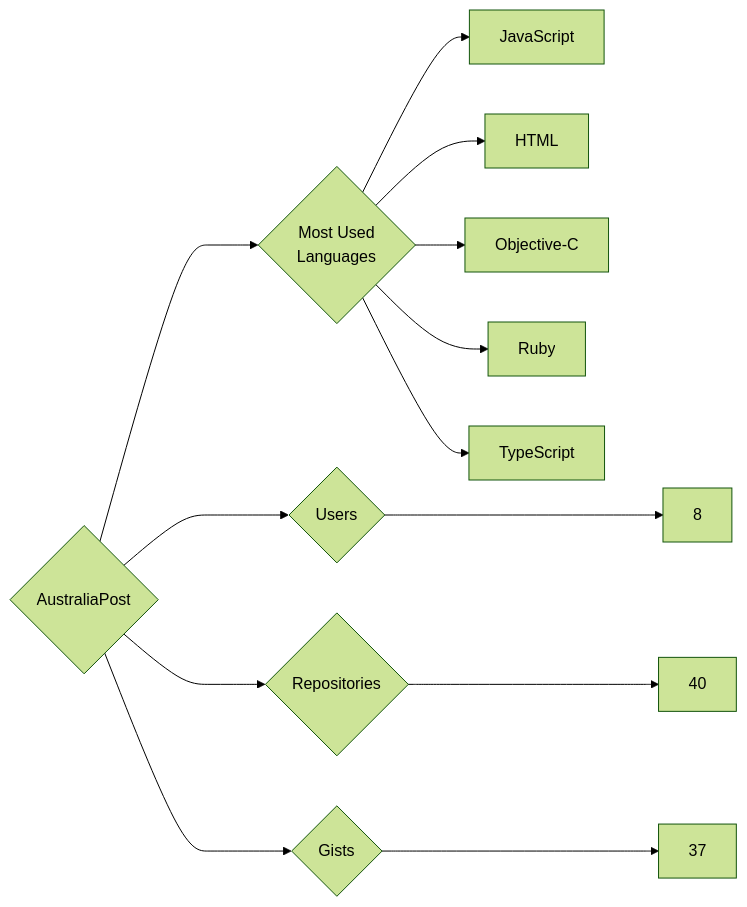
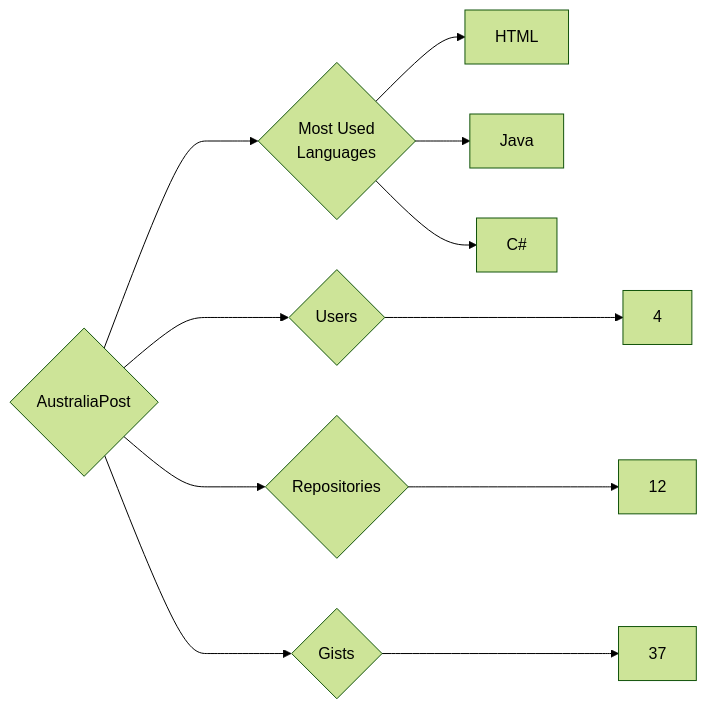
Before and after one commit to trickest/insiders: the diagram in targets/AustraliaPost/README.md, drawn with Mermaid (forest theme). The commit also changed 857 other files, not shown here.

````diff
--- a/targets/AustraliaPost/README.md
+++ b/targets/AustraliaPost/README.md
@@ -3,13 +3,11 @@
 ```mermaid
 graph LR
 COMPANY_NAME{AustraliaPost}
-COMPANY_NAME ---> U{Users} ---> UN[8]
-COMPANY_NAME ---> R{Repositories} ---> RN[40]
+COMPANY_NAME ---> U{Users} ---> UN[4]
+COMPANY_NAME ---> R{Repositories} ---> RN[12]
 COMPANY_NAME ---> G{Gists} ---> GN[37]
 COMPANY_NAME ---> ML{Most Used<br>Languages}
-ML --> JavaScript[JavaScript]
 ML --> HTML[HTML]
-ML --> Objective-C[Objective-C]
-ML --> Ruby[Ruby]
-ML --> TypeScript[TypeScript]
+ML --> Java[Java]
+ML --> C#[C#]
 ```
````
